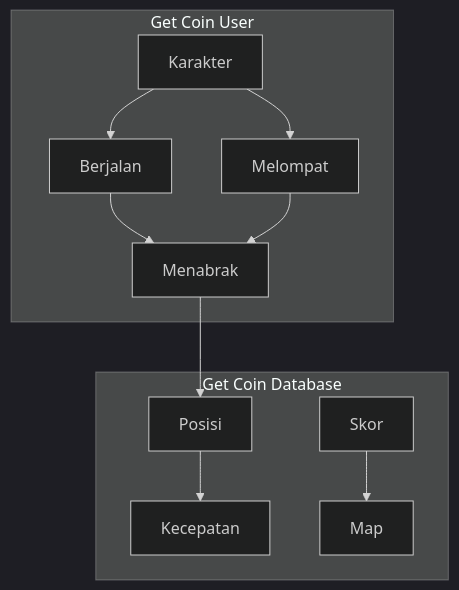
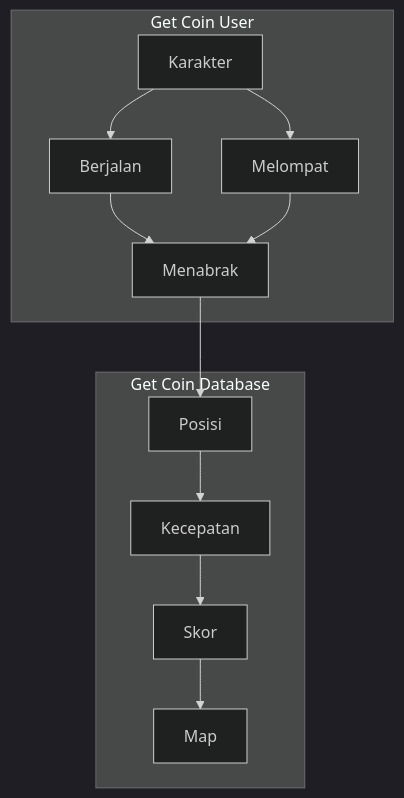
The diagram in Tugas PDP.md (disyyy/PI-dan-PDP), drawn with Mermaid (dark theme) before and after one commit.

Commit message:
Update Tugas PDP.md

````diff
--- a/Tugas PDP.md
+++ b/Tugas PDP.md
@@ -27,26 +27,25 @@
 ```mermaid
 graph TD
     subgraph Get Coin User
         A[Berjalan]
         B[Menabrak]
         C[Karakter]
         D[Melompat]
     end
 
 
     subgraph Get Coin Database
         E[Posisi]
         F[Kecepatan]
         G[Skor]
         H[Map]
     end
 
     A --> B
     B --> E
     C --> A
     C --> D
     D --> B
-    E --> F
-    G --> H
+    E --> F --> G --> H
 
 ```
````
